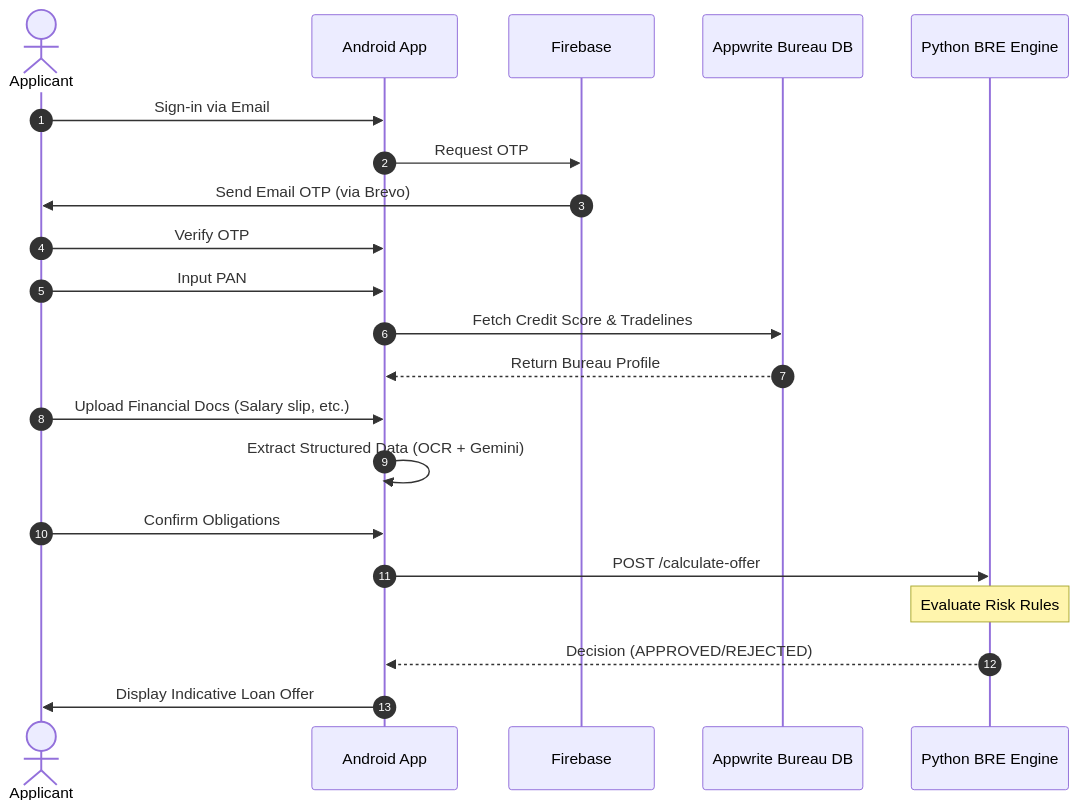
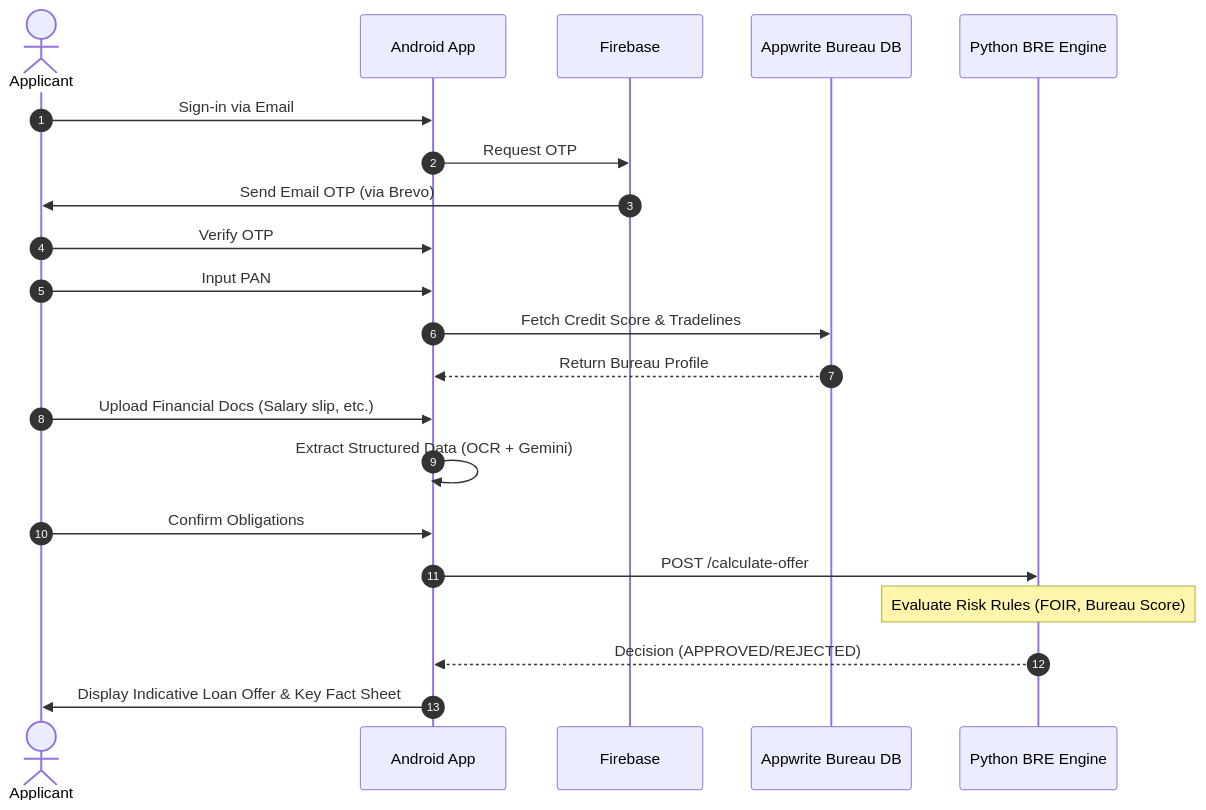
Before and after one commit to rupinrd3/LoansAI: the second of 2 diagrams in README.md, drawn with Mermaid. The commit also changed other lines of this file, not shown here.

````diff
--- a/README.md
+++ b/README.md
@@ -67,24 +69,24 @@
 ```mermaid
 sequenceDiagram
     autonumber
     actor User as Applicant
     participant App as Android App
     participant FB as Firebase
     participant AW as Appwrite Bureau DB
     participant BRE as Python BRE Engine
 
     User->>App: Sign-in via Email
     App->>FB: Request OTP
     FB->>User: Send Email OTP (via Brevo)
     User->>App: Verify OTP
     User->>App: Input PAN
     App->>AW: Fetch Credit Score & Tradelines
     AW-->>App: Return Bureau Profile
     User->>App: Upload Financial Docs (Salary slip, etc.)
     App->>App: Extract Structured Data (OCR + Gemini)
     User->>App: Confirm Obligations
     App->>BRE: POST /calculate-offer
-    Note over BRE: Evaluate Risk Rules
+    Note over BRE: Evaluate Risk Rules (FOIR, Bureau Score)
     BRE-->>App: Decision (APPROVED/REJECTED)
-    App->>User: Display Indicative Loan Offer
+    App->>User: Display Indicative Loan Offer & Key Fact Sheet
 ```
````
